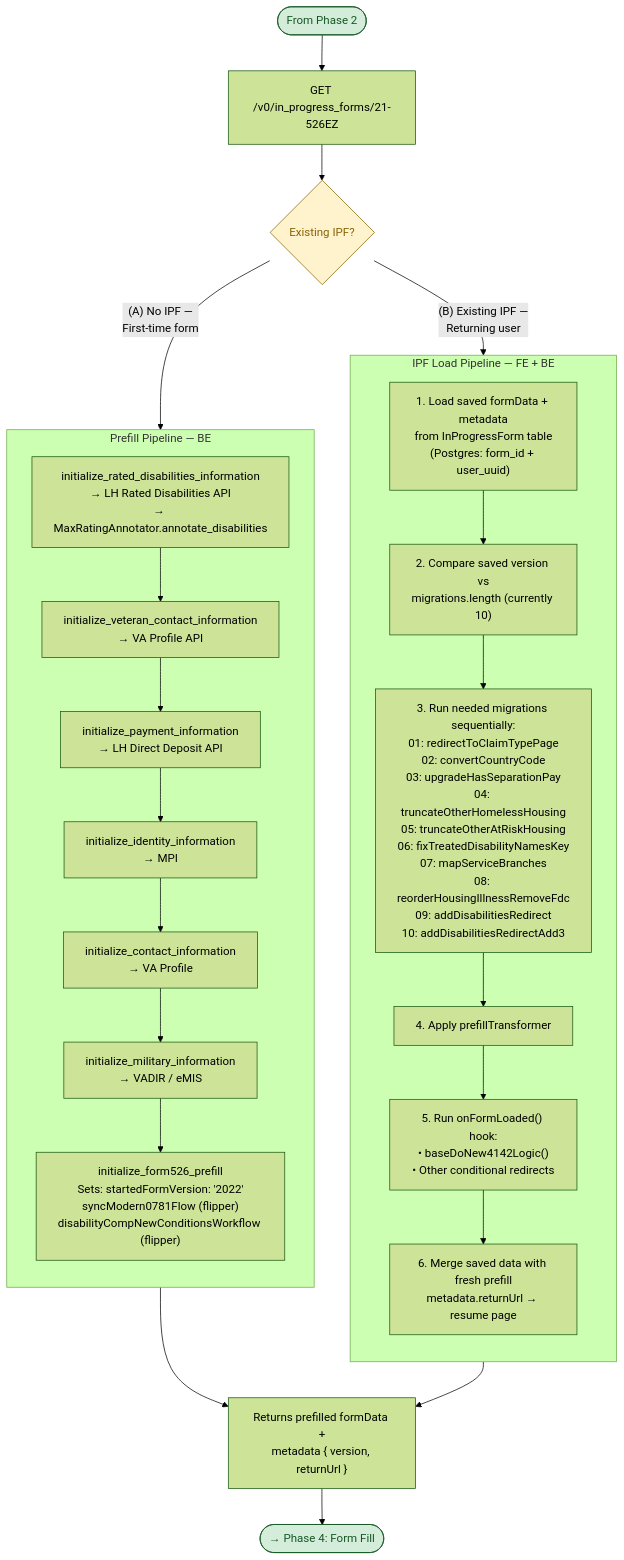
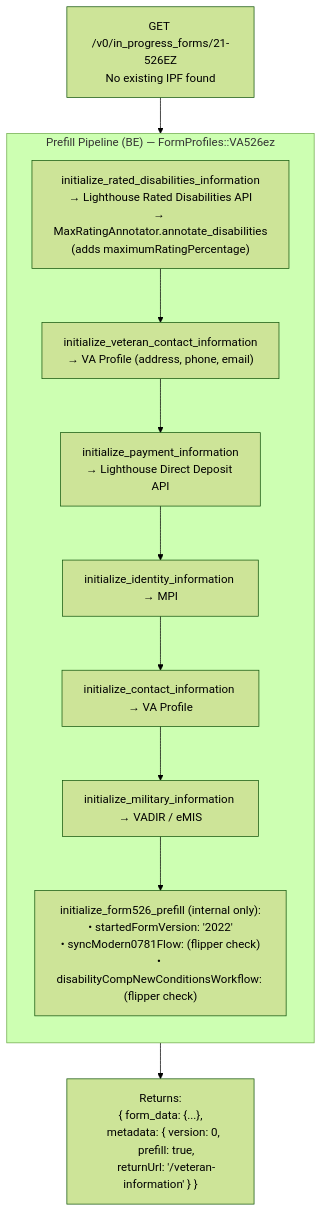
One commit to Ninjaneer321/va.gov-team changed the third of 16 diagrams in products/disability/526ez/form526_architecture_flow.md. Above: the diagram before and after it, drawn with Mermaid (forest theme). The commit also changed other lines of this file, not shown here.

Commit message:
Updated architecture diagram with useFormFeatureToggleSync

````diff
--- a/products/disability/526ez/form526_architecture_flow.md
+++ b/products/disability/526ez/form526_architecture_flow.md
@@ -65,45 +78,20 @@
 ```mermaid
-graph TD
-    ENTRY([From Phase 2]) --> LOAD["GET /v0/in_progress_forms/21-526EZ"]
+flowchart TD
+    Request["GET /v0/in_progress_forms/21-526EZ<br/>No existing IPF found"]
 
-    LOAD --> DECISION{Existing IPF?}
-
-    DECISION -->|"(A) No IPF —<br/>First-time form"| PREFILL
-    DECISION -->|"(B) Existing IPF —<br/>Returning user"| IPF_LOAD
-
-    subgraph PREFILL["Prefill Pipeline — BE"]
+    subgraph Prefill["Prefill Pipeline (BE) — FormProfiles::VA526ez"]
         direction TB
-        P1["initialize_rated_disabilities_information<br/>→ LH Rated Disabilities API<br/>→ MaxRatingAnnotator.annotate_disabilities"]
-        P2["initialize_veteran_contact_information<br/>→ VA Profile API"]
-        P3["initialize_payment_information<br/>→ LH Direct Deposit API"]
-        P4["initialize_identity_information<br/>→ MPI"]
-        P5["initialize_contact_information<br/>→ VA Profile"]
-        P6["initialize_military_information<br/>→ VADIR / eMIS"]
-        P7["initialize_form526_prefill<br/>Sets: startedFormVersion: '2022'<br/>syncModern0781Flow (flipper)<br/>disabilityCompNewConditionsWorkflow (flipper)"]
-
-        P1 --> P2 --> P3 --> P4 --> P5 --> P6 --> P7
+        RD["initialize_rated_disabilities_information<br/>→ Lighthouse Rated Disabilities API<br/>→ MaxRatingAnnotator.annotate_disabilities<br/>(adds maximumRatingPercentage)"]
+        VC["initialize_veteran_contact_information<br/>→ VA Profile (address, phone, email)"]
+        PI["initialize_payment_information<br/>→ Lighthouse Direct Deposit API"]
+        II["initialize_identity_information → MPI"]
+        CI["initialize_contact_information → VA Profile"]
+        MI["initialize_military_information → VADIR / eMIS"]
+        F526["initialize_form526_prefill (internal only):<br/>• startedFormVersion: '2022'<br/>• syncModern0781Flow: (flipper check)<br/>• disabilityCompNewConditionsWorkflow: (flipper check)"]
+        RD --> VC --> PI --> II --> CI --> MI --> F526
     end
 
-    subgraph IPF_LOAD["IPF Load Pipeline — FE + BE"]
-        direction TB
-        L1["1. Load saved formData + metadata<br/>from InProgressForm table<br/>(Postgres: form_id + user_uuid)"]
-        L2["2. Compare saved version vs<br/>migrations.length (currently 10)"]
-        L3["3. Run needed migrations sequentially:<br/>01: redirectToClaimTypePage<br/>02: convertCountryCode<br/>03: upgradeHasSeparationPay<br/>04: truncateOtherHomelessHousing<br/>05: truncateOtherAtRiskHousing<br/>06: fixTreatedDisabilityNamesKey<br/>07: mapServiceBranches<br/>08: reorderHousingIllnessRemoveFdc<br/>09: addDisabilitiesRedirect<br/>10: addDisabilitiesRedirectAdd3"]
-        L4["4. Apply prefillTransformer"]
-        L5["5. Run onFormLoaded() hook:<br/>• baseDoNew4142Logic()<br/>• Other conditional redirects"]
-        L6["6. Merge saved data with fresh prefill<br/>metadata.returnUrl → resume page"]
+    Result["Returns:<br/>{ form_data: {...},<br/>  metadata: { version: 0,<br/>    prefill: true,<br/>    returnUrl: '/veteran-information' } }"]
 
-        L1 --> L2 --> L3 --> L4 --> L5 --> L6
-    end
-
-    PREFILL --> MERGE["Returns prefilled formData +<br/>metadata { version, returnUrl }"]
-    IPF_LOAD --> MERGE
-
-    MERGE --> FORM([→ Phase 4: Form Fill])
-
-    classDef endpoint fill:#d4edda,stroke:#155724,color:#155724
-    classDef decision fill:#fff3cd,stroke:#856404,color:#856404
-    classDef external fill:#e2d5f1,stroke:#6f42c1,color:#6f42c1
-    class ENTRY,FORM endpoint
-    class DECISION decision
+    Request --> Prefill --> Result
 ```
````
